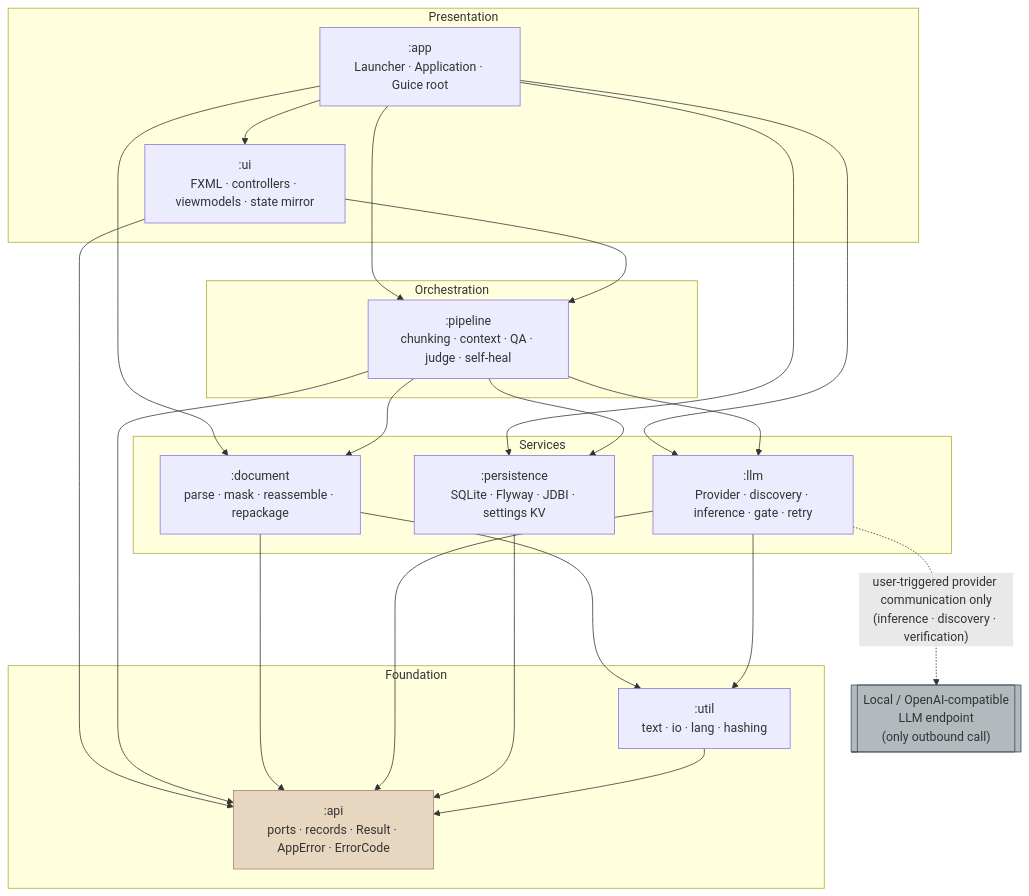
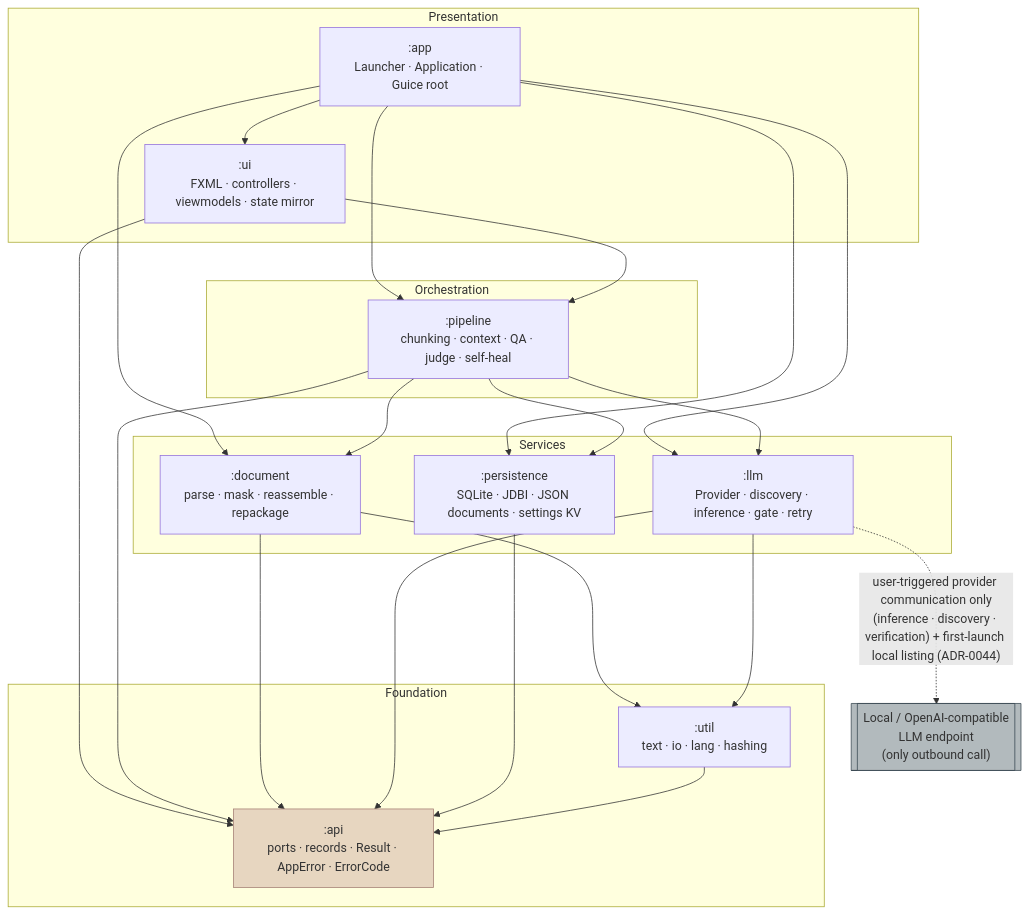
One commit to sanyokkua/book_loom changed the diagram in docs/specification/02_Architecture/01_SYSTEM_ARCHITECTURE.md. Above: the diagram before and after it, drawn with Mermaid. The commit also changed other lines of this file and 1796 other files, not shown here.

````diff
--- a/docs/specification/02_Architecture/01_SYSTEM_ARCHITECTURE.md
+++ b/docs/specification/02_Architecture/01_SYSTEM_ARCHITECTURE.md
@@ -81,42 +81,42 @@
 ```mermaid
 flowchart TD
     subgraph Presentation
         APP[":app<br/>Launcher · Application · Guice root"]
         UI[":ui<br/>FXML · controllers · viewmodels · state mirror"]
     end
     subgraph Orchestration
         PIPE[":pipeline<br/>chunking · context · QA · judge · self-heal"]
     end
     subgraph Services
         DOC[":document<br/>parse · mask · reassemble · repackage"]
         LLM[":llm<br/>Provider · discovery · inference · gate · retry"]
-        PERS[":persistence<br/>SQLite · Flyway · JDBI · settings KV"]
+        PERS[":persistence<br/>SQLite · JDBI · JSON documents · settings KV"]
     end
     subgraph Foundation
         API[":api<br/>ports · records · Result · AppError · ErrorCode"]
         UTIL[":util<br/>text · io · lang · hashing"]
     end
     EXT[["Local / OpenAI-compatible<br/>LLM endpoint<br/>(only outbound call)"]]
 
     APP --> UI
     APP --> PIPE
     APP --> DOC
     APP --> LLM
     APP --> PERS
     UI --> PIPE
     UI --> API
     PIPE --> DOC
     PIPE --> LLM
     PIPE --> PERS
     PIPE --> API
     DOC --> API
     DOC --> UTIL
     LLM --> API
     LLM --> UTIL
     PERS --> API
     UTIL --> API
-    LLM -. "user-triggered provider communication only<br/>(inference · discovery · verification)" .-> EXT
+    LLM -. "user-triggered provider communication only<br/>(inference · discovery · verification) + first-launch local listing (ADR-0044)" .-> EXT
 
     style API fill:#e7d6c0,stroke:#a58075
     style EXT fill:#b2babd,stroke:#3a4a52
 ```
````
